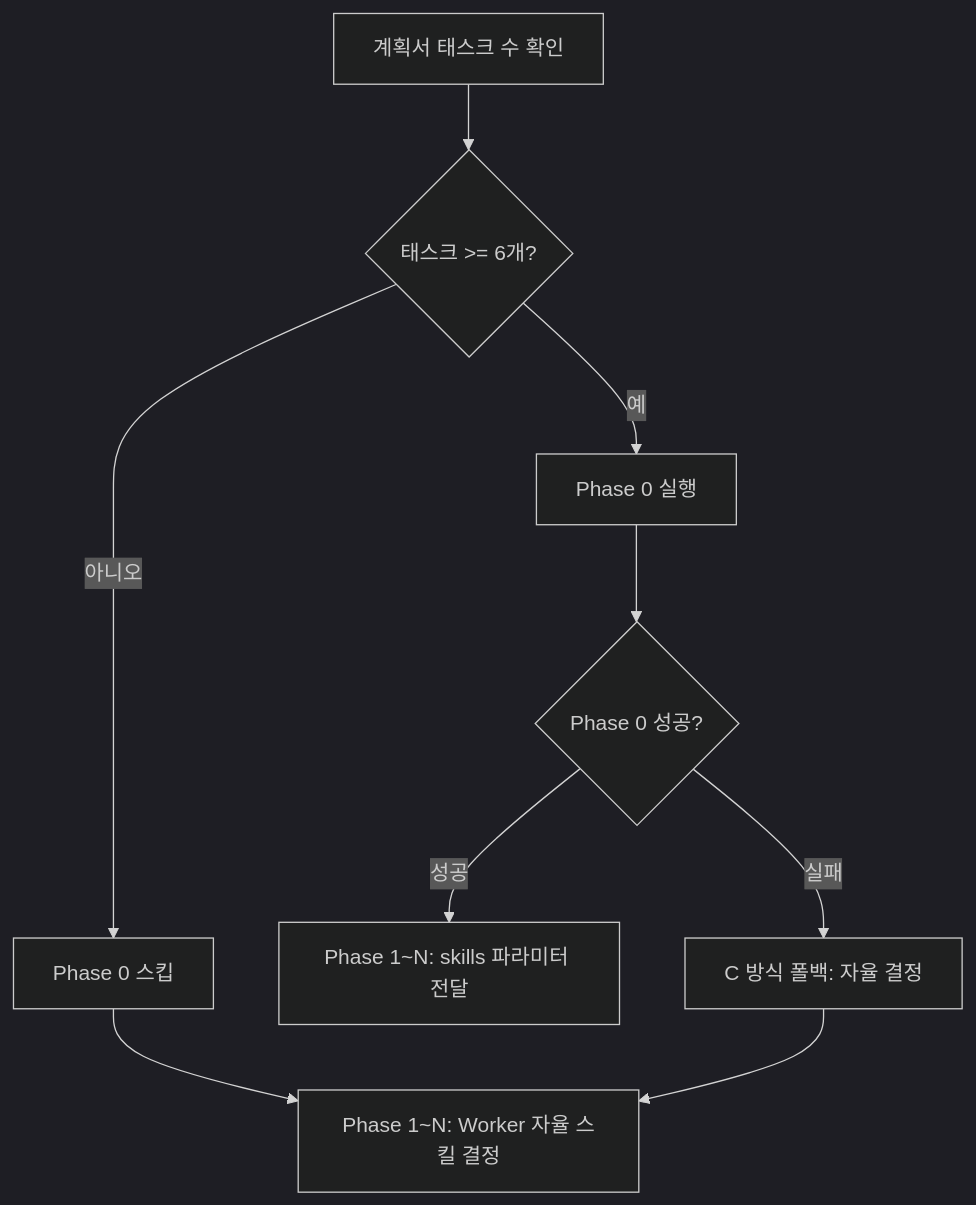
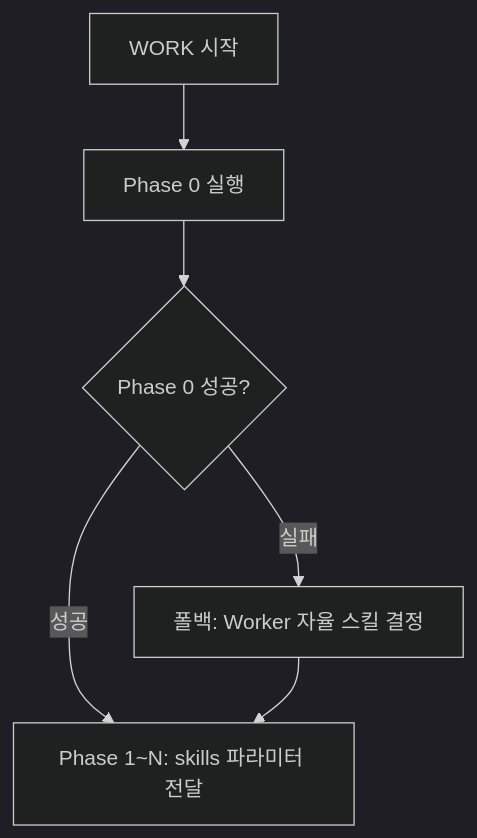
One commit to KoreanLeeChangHyun/claude-workflow changed the diagram in .claude/skills/workflow-work/reference/phase0-guide.md. Above: the diagram before and after it, drawn with Mermaid (dark theme). The commit also changed other lines of this file and 8 other files, not shown here.

````diff
--- a/.claude/skills/workflow-work/reference/phase0-guide.md
+++ b/.claude/skills/workflow-work/reference/phase0-guide.md
@@ -13,11 +11,8 @@
 ```mermaid
 flowchart TD
-    START[계획서 태스크 수 확인] --> Q1{태스크 >= 6개?}
-    Q1 -->|예| P0[Phase 0 실행]
-    Q1 -->|아니오| SKIP[Phase 0 스킵]
+    START[WORK 시작] --> P0[Phase 0 실행]
     P0 --> P0R{Phase 0 성공?}
     P0R -->|성공| P1S[Phase 1~N: skills 파라미터 전달]
-    P0R -->|실패| FALLBACK[C 방식 폴백: 자율 결정]
-    SKIP --> P1A[Phase 1~N: Worker 자율 스킬 결정]
-    FALLBACK --> P1A
+    P0R -->|실패| FALLBACK[폴백: Worker 자율 스킬 결정]
+    FALLBACK --> P1S
 ```
````
